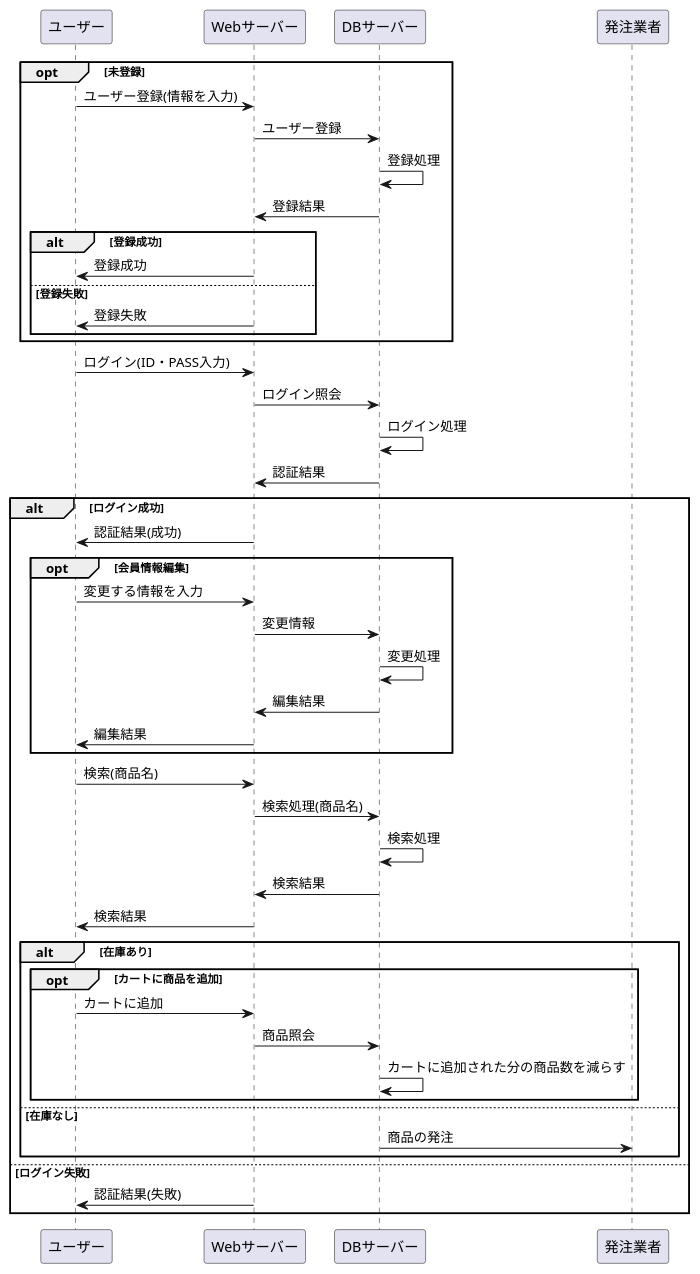
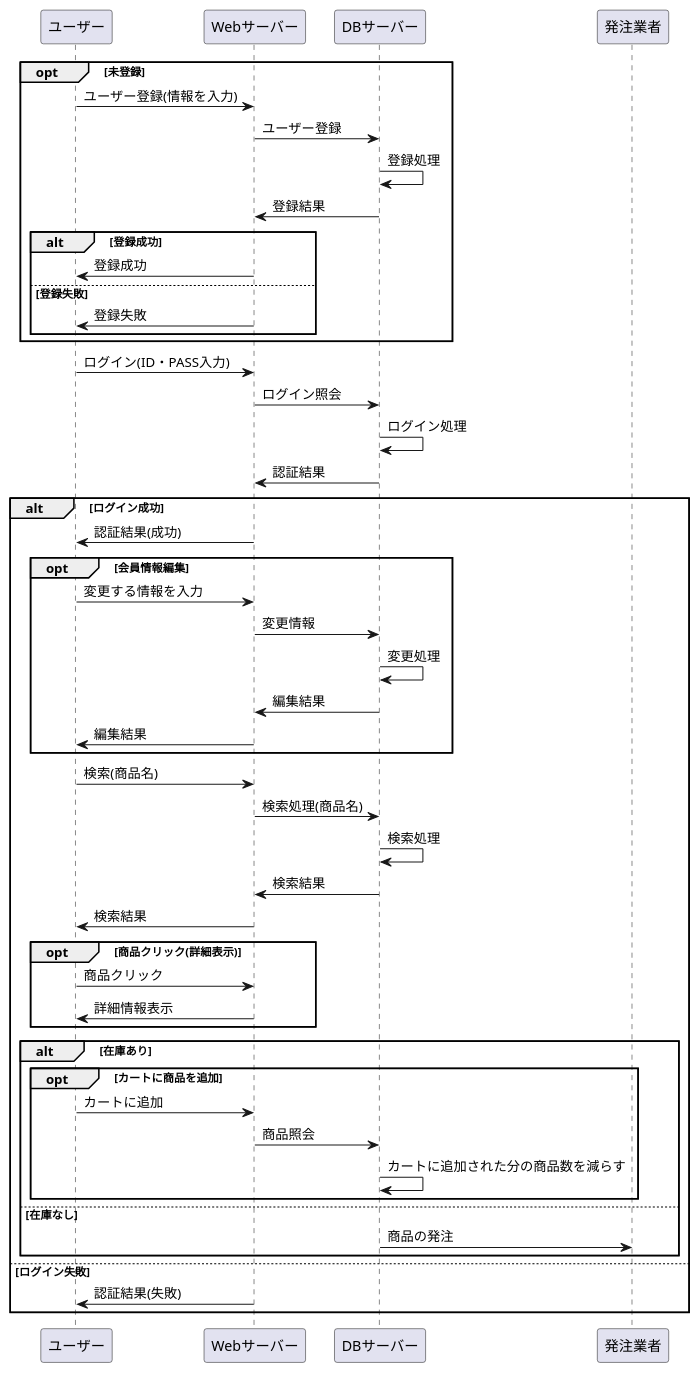
Before and after one commit to Aso2001154/2021sys-design: the diagram in sample.md, drawn with PlantUML.

````diff
--- a/sample.md
+++ b/sample.md
@@ -1,51 +1,56 @@
 ```uml
 @startuml
 opt 未登録
 ユーザー -> Webサーバー : ユーザー登録(情報を入力)
 Webサーバー -> DBサーバー : ユーザー登録
 DBサーバー -> DBサーバー : 登録処理
 DBサーバー -> Webサーバー : 登録結果
 
 alt 登録成功
 Webサーバー -> ユーザー : 登録成功
 else 登録失敗
 Webサーバー -> ユーザー : 登録失敗
 end
 end
 
 ユーザー -> Webサーバー : ログイン(ID・PASS入力)
 Webサーバー -> DBサーバー : ログイン照会
 DBサーバー -> DBサーバー : ログイン処理
 DBサーバー -> Webサーバー : 認証結果
 
 alt ログイン成功
 Webサーバー -> ユーザー : 認証結果(成功)
 
 opt 会員情報編集
 ユーザー -> Webサーバー : 変更する情報を入力
 Webサーバー -> DBサーバー :変更情報
 DBサーバー -> DBサーバー : 変更処理
 DBサーバー -> Webサーバー : 編集結果
 Webサーバー -> ユーザー : 編集結果
 end
 
 ユーザー -> Webサーバー : 検索(商品名)
 Webサーバー -> DBサーバー : 検索処理(商品名)
 DBサーバー -> DBサーバー : 検索処理
 DBサーバー -> Webサーバー : 検索結果
 Webサーバー -> ユーザー : 検索結果
 
+opt 商品クリック(詳細表示)
+ユーザー -> Webサーバー : 商品クリック
+Webサーバー -> ユーザー : 詳細情報表示
+end
+
 alt 在庫あり
 opt カートに商品を追加
 ユーザー -> Webサーバー : カートに追加
 Webサーバー -> DBサーバー : 商品照会
 DBサーバー -> DBサーバー : カートに追加された分の商品数を減らす
 end
 else 在庫なし
 DBサーバー -> 発注業者 : 商品の発注
 end
 else ログイン失敗
 Webサーバー -> ユーザー : 認証結果(失敗)
 end
 @enduml
 ```
````
